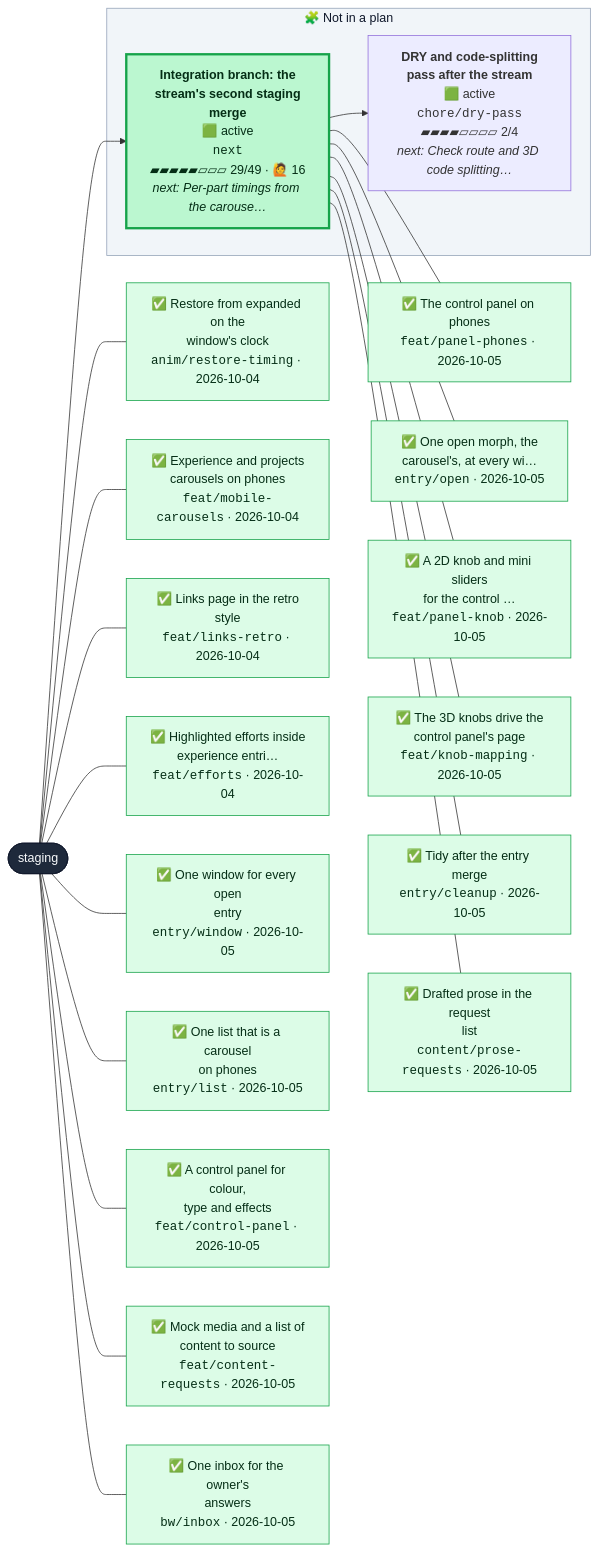
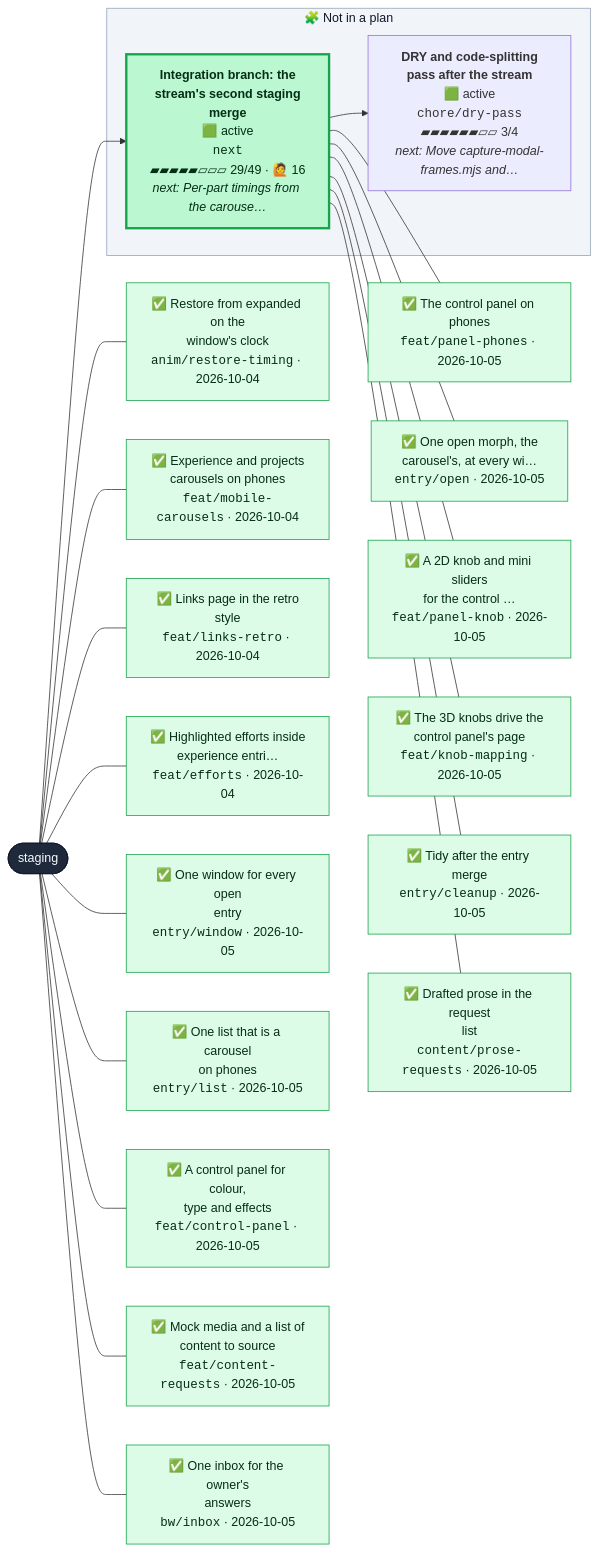
One commit to henryjonescodes/portfolio changed the second of 2 diagrams in CONTRIBUTING.md. Above: the diagram before and after it, drawn with Mermaid. The commit also changed other lines of this file, not shown here.

````diff
--- a/CONTRIBUTING.md
+++ b/CONTRIBUTING.md
@@ -60,68 +57,68 @@
 ```mermaid
 flowchart LR
   n_staging([staging])
   class n_staging trunk
   subgraph loose["🧩 Not in a plan"]
-    n_chore_dry_pass["<b>DRY and code-splitting<br/>pass after the stream</b><br/>🟩 active<br/><code>chore/dry-pass</code><br/>▰▰▰▰▱▱▱▱ 2/4<br/><i>next: Check route and 3D code splitting…</i>"]
+    n_chore_dry_pass["<b>DRY and code-splitting<br/>pass after the stream</b><br/>🟩 active<br/><code>chore/dry-pass</code><br/>▰▰▰▰▰▰▱▱ 3/4<br/><i>next: Move capture-modal-frames.mjs and…</i>"]
     class n_chore_dry_pass active,current
     n_next["<b>Integration branch: the<br/>stream's second staging<br/>merge</b><br/>🟩 active<br/><code>next</code><br/>▰▰▰▰▰▱▱▱ 29/49 · 🙋 16<br/><i>next: Per-part timings from the carouse…</i>"]
     class n_next active
   end
   style loose fill:#f1f5f9,stroke:#94a3b8,color:#0f172a
   n_next --> n_chore_dry_pass
   n_staging --> n_next
   landed_0["✅ Restore from expanded on the<br/>window's clock<br/><code>anim/restore-timing</code> · 2026-10-04"]
   class landed_0 merged
   n_staging --- landed_0
   landed_1["✅ Experience and projects<br/>carousels on phones<br/><code>feat/mobile-carousels</code> · 2026-10-04"]
   class landed_1 merged
   n_staging --- landed_1
   landed_2["✅ Links page in the retro<br/>style<br/><code>feat/links-retro</code> · 2026-10-04"]
   class landed_2 merged
   n_staging --- landed_2
   landed_3["✅ Highlighted efforts inside<br/>experience entri…<br/><code>feat/efforts</code> · 2026-10-04"]
   class landed_3 merged
   n_staging --- landed_3
   landed_4["✅ One window for every open<br/>entry<br/><code>entry/window</code> · 2026-10-05"]
   class landed_4 merged
   n_staging --- landed_4
   landed_5["✅ One list that is a carousel<br/>on phones<br/><code>entry/list</code> · 2026-10-05"]
   class landed_5 merged
   n_staging --- landed_5
   landed_6["✅ A control panel for colour,<br/>type and effects<br/><code>feat/control-panel</code> · 2026-10-05"]
   class landed_6 merged
   n_staging --- landed_6
   landed_7["✅ Mock media and a list of<br/>content to source<br/><code>feat/content-requests</code> · 2026-10-05"]
   class landed_7 merged
   n_staging --- landed_7
   landed_8["✅ One inbox for the owner's<br/>answers<br/><code>bw/inbox</code> · 2026-10-05"]
   class landed_8 merged
   n_staging --- landed_8
   landed_9["✅ The control panel on phones<br/><code>feat/panel-phones</code> · 2026-10-05"]
   class landed_9 merged
   n_next --- landed_9
   landed_10["✅ One open morph, the<br/>carousel's, at every wi…<br/><code>entry/open</code> · 2026-10-05"]
   class landed_10 merged
   n_next --- landed_10
   landed_11["✅ A 2D knob and mini sliders<br/>for the control …<br/><code>feat/panel-knob</code> · 2026-10-05"]
   class landed_11 merged
   n_next --- landed_11
   landed_12["✅ The 3D knobs drive the<br/>control panel's page<br/><code>feat/knob-mapping</code> · 2026-10-05"]
   class landed_12 merged
   n_next --- landed_12
   landed_13["✅ Tidy after the entry merge<br/><code>entry/cleanup</code> · 2026-10-05"]
   class landed_13 merged
   n_next --- landed_13
   landed_14["✅ Drafted prose in the request<br/>list<br/><code>content/prose-requests</code> · 2026-10-05"]
   class landed_14 merged
   n_next --- landed_14
   classDef merged fill:#dcfce7,stroke:#16a34a,color:#052e16
   classDef todo fill:#ffffff,stroke:#94a3b8,stroke-dasharray:2 2,color:#334155
   classDef planned fill:#c7d2fe,stroke:#4f46e5,color:#1e1b4b
   classDef sketched fill:#f8fafc,stroke:#64748b,stroke-dasharray:4 3,color:#334155
   classDef active fill:#bbf7d0,stroke:#16a34a,stroke-width:3px,color:#052e16
   classDef review fill:#fde68a,stroke:#d97706,stroke-width:3px,color:#451a03
   classDef blocked fill:#fecaca,stroke:#dc2626,stroke-width:3px,color:#450a0a
   classDef trunk fill:#1e293b,stroke:#0f172a,color:#f8fafc
   classDef current stroke:#0ea5e9,stroke-width:5px
 ```
````
